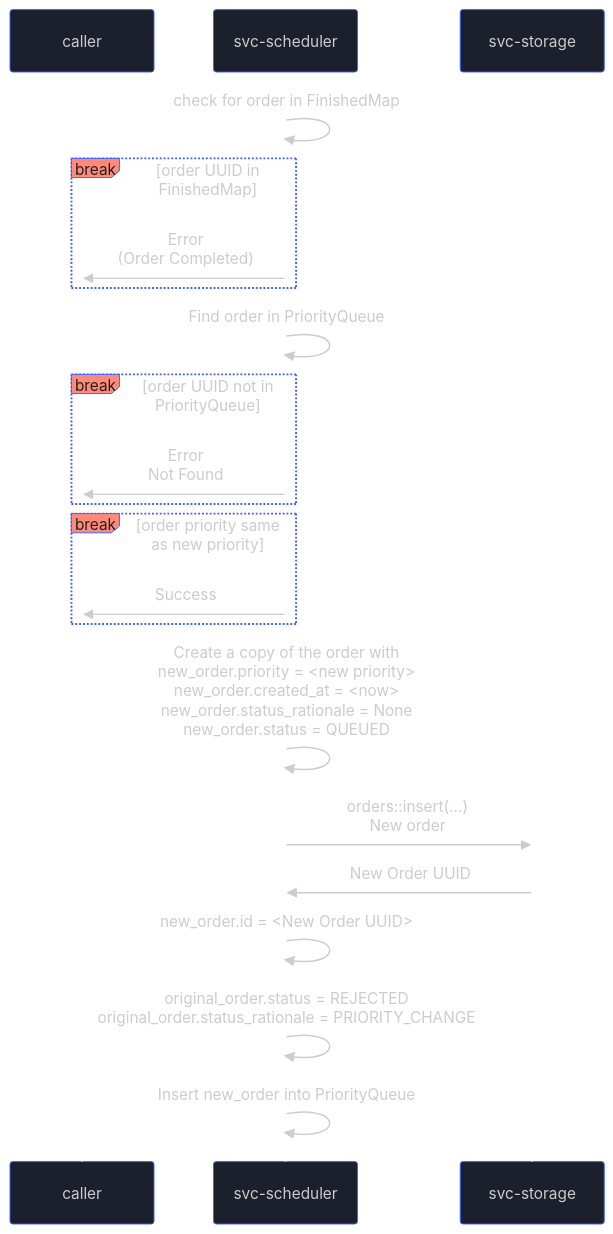
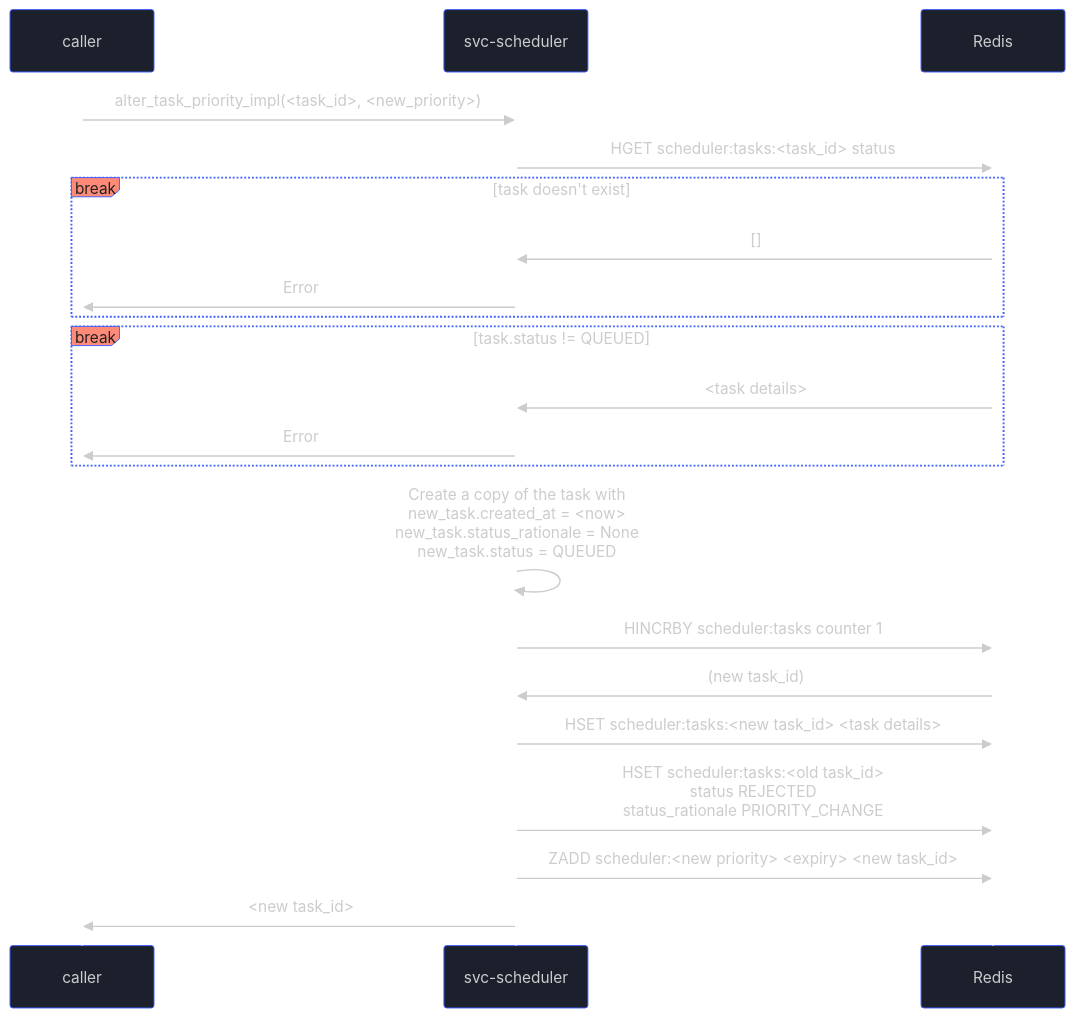
Before and after one commit to aetheric-oss/svc-scheduler: the fourth of 9 diagrams in docs/sdd.md, drawn with Mermaid. The commit also changed other lines of this file and 2 other files, not shown here.

Commit message:
chore: revise design using redis

````diff
--- a/docs/sdd.md
+++ b/docs/sdd.md
@@ -281,49 +272,48 @@
 ```mermaid
 %%{
   init: {
     'theme': 'base',
     'themeVariables': {
       'primaryColor': '#1B202C',
       'primaryBorderColor': '#4060FF',
       'primaryTextColor': '#CCC',
       'actorLineColor': '#fff',
       'labelBoxBkgColor': '#FF8A78',
       'labelTextColor': '#222',
       'sequenceNumberColor': '#1B202C',
       'noteBkgColor': '#D6D6D6',
       'noteTextColor': '#222',
       'activationBkgColor': '#FF8A78'
     }
   }
 }%%
 sequenceDiagram
     participant caller
     participant scheduler as svc-scheduler
-    participant storage as svc-storage
+    participant redis as Redis
 
-    scheduler->>scheduler: check for order in FinishedMap
-    break order UUID in FinishedMap
-        scheduler->>caller: Error<br>(Order Completed)
+    caller->>scheduler: alter_task_priority_impl(<task_id>, <new_priority>)
+    scheduler->>redis: HGET scheduler:tasks:<task_id> status
+
+    break task doesn't exist
+        redis->>scheduler: []
+        scheduler->>caller: Error
     end
 
-    scheduler->>scheduler: Find order in PriorityQueue
-
-    break order UUID not in PriorityQueue
-        scheduler->>caller: Error<br>Not Found
+    break task.status != QUEUED
+        redis->>scheduler: <task details>
+        scheduler->>caller: Error
     end
 
-    break order priority same as new priority
-        scheduler->>caller: Success
-    end
+    scheduler->>scheduler: Create a copy of the task with<br>new_task.created_at = <now><br>new_task.status_rationale = None<br>new_task.status = QUEUED
 
-    scheduler->>scheduler: Create a copy of the order with<br>new_order.priority = <new priority><br>new_order.created_at = <now><br>new_order.status_rationale = None<br>new_order.status = QUEUED
+    scheduler->>redis: HINCRBY scheduler:tasks counter 1
+    redis->>scheduler: (new task_id)
 
-    scheduler->>storage: orders::insert(...)<br>New order
-    storage->>scheduler: New Order UUID
-    scheduler->>scheduler: new_order.id = <New Order UUID>
-
-    scheduler->>scheduler: original_order.status = REJECTED<br>original_order.status_rationale = PRIORITY_CHANGE
-
-    scheduler->>scheduler: Insert new_order into PriorityQueue
-
+    scheduler->>redis: HSET scheduler:tasks:<new task_id> <task details>
+    
+    scheduler->>redis: HSET scheduler:tasks:<old task_id><br>status REJECTED<br>status_rationale PRIORITY_CHANGE
+  
+    scheduler->>redis: ZADD scheduler:<new priority> <expiry> <new task_id>
+    scheduler->>caller: <new task_id>
 ```
````
